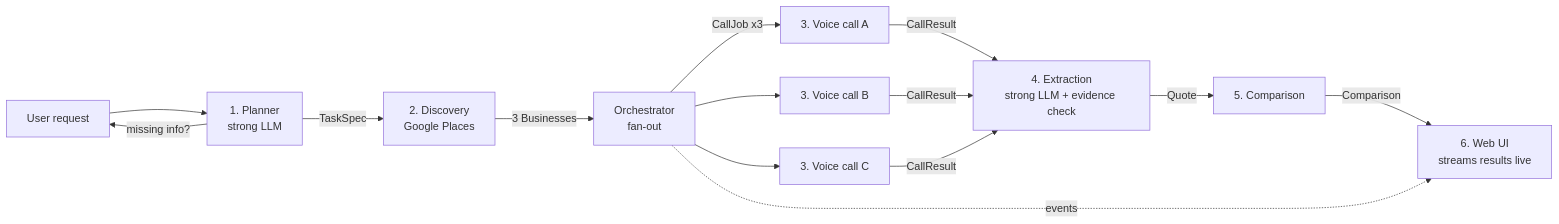
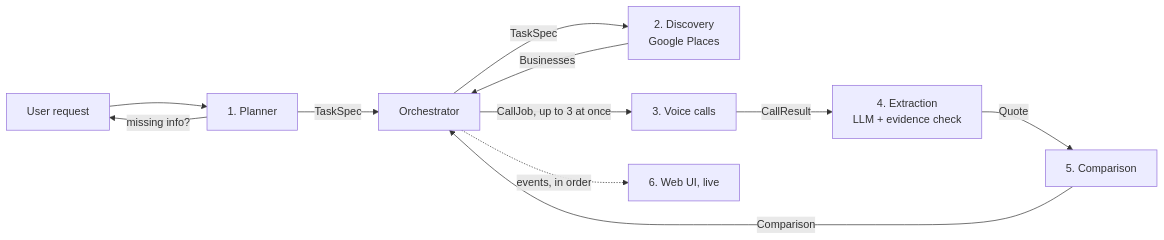
The diagram in docs/architecture.md (rabehalmutairi/voice-quote-agent), drawn with Mermaid before and after one commit. The commit also changed other lines of this file and 4 other files, not shown here.

````diff
--- a/docs/architecture.md
+++ b/docs/architecture.md
@@ -51,14 +41,13 @@
 ```mermaid
 flowchart LR
-    U[User request] --> P[1. Planner<br/>strong LLM]
+    U[User request] --> P[1. Planner]
     P -- missing info? --> U
-    P -- TaskSpec --> D[2. Discovery<br/>Google Places]
-    D -- 3 Businesses --> O[Orchestrator<br/>fan-out]
-    O -- CallJob x3 --> V1[3. Voice call A]
-    O --> V2[3. Voice call B]
-    O --> V3[3. Voice call C]
-    V1 & V2 & V3 -- CallResult --> X[4. Extraction<br/>strong LLM + evidence check]
+    P -- TaskSpec --> O[Orchestrator]
+    O -- TaskSpec --> D[2. Discovery<br/>Google Places]
+    D -- Businesses --> O
+    O -- CallJob, up to 3 at once --> V[3. Voice calls]
+    V -- CallResult --> X[4. Extraction<br/>LLM + evidence check]
     X -- Quote --> C[5. Comparison]
-    C -- Comparison --> UI[6. Web UI<br/>streams results live]
-    O -. events .-> UI
+    C -- Comparison --> O
+    O -. events, in order .-> UI[6. Web UI, live]
 ```
````
